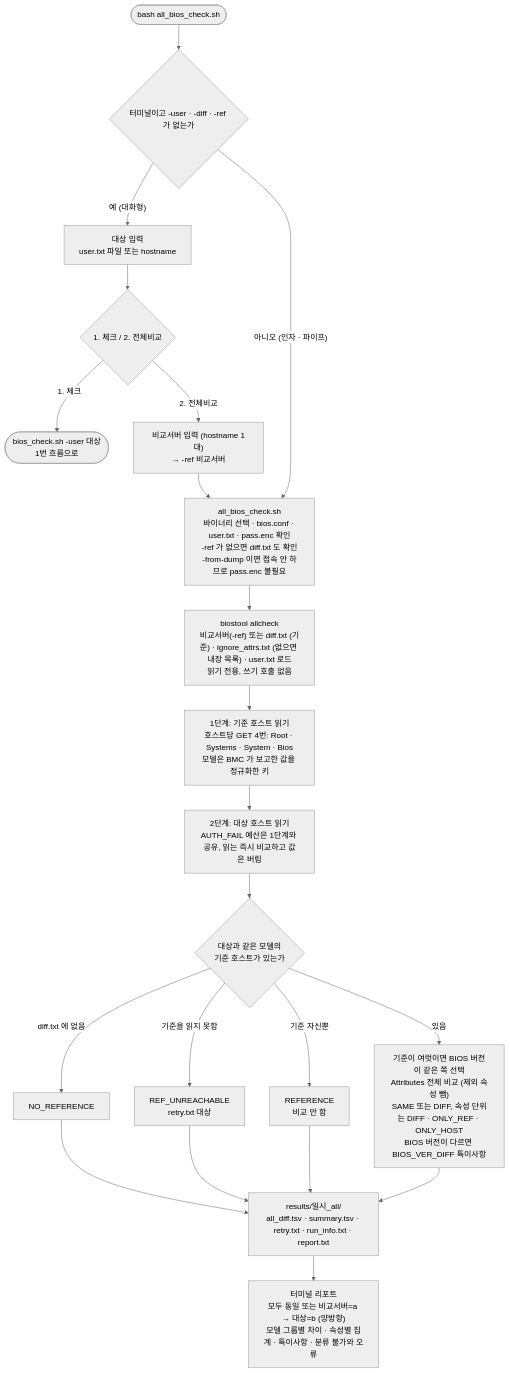
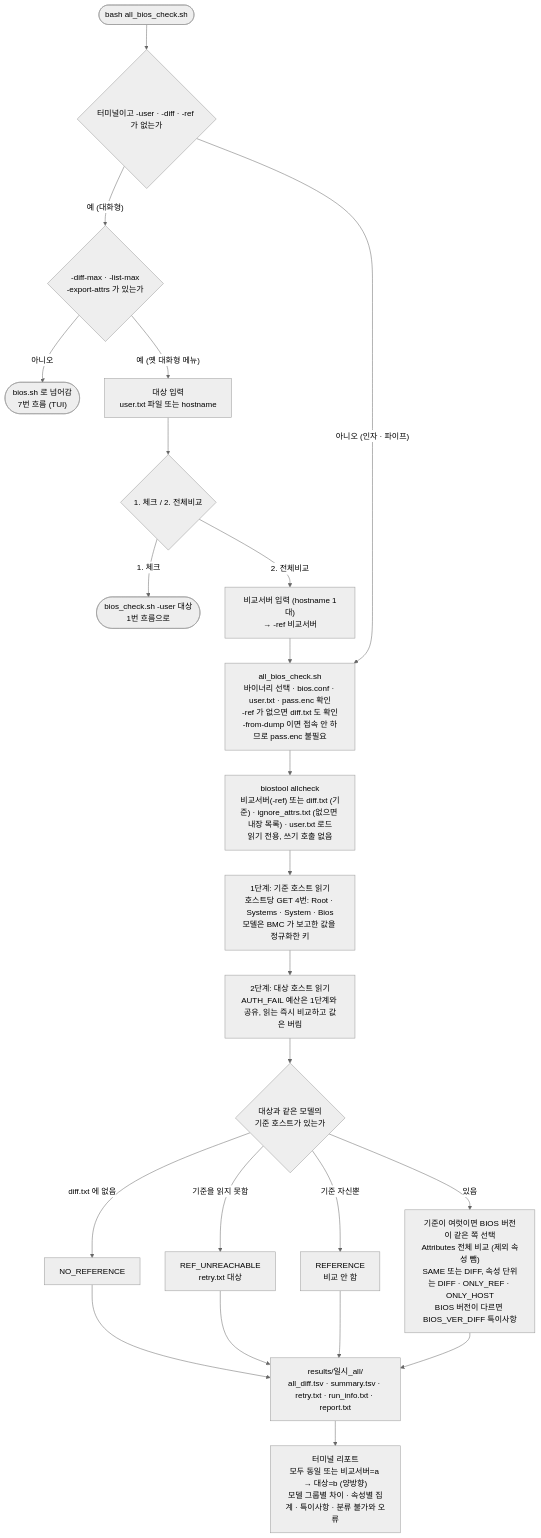
One commit to qazx2675/myrepo changed the fourth of 8 diagrams in .claude/HPC/redfish/WORKFLOW.md. Above: the diagram before and after it, drawn with Mermaid (neutral theme). The commit also changed other lines of this file and 56 other files, not shown here.

First line of the commit message:
feat(HPC/redfish): bios.sh 통합 진입점 + Go TUI, 1회 수집으로 프로파일·전체비교, CSV 4종, 설정 계획, -auto 연동

````diff
--- a/.claude/HPC/redfish/WORKFLOW.md
+++ b/.claude/HPC/redfish/WORKFLOW.md
@@ -111,23 +115,25 @@
 ```mermaid
 flowchart TD
     S(["bash all_bios_check.sh"]) --> IN{"터미널이고 -user · -diff · -ref 가 없는가"}
-    IN -->|"예 (대화형)"| Q1["대상 입력<br/>user.txt 파일 또는 hostname"]
+    IN -->|"예 (대화형)"| IN2{"-diff-max · -list-max<br/>-export-attrs 가 있는가"}
+    IN2 -->|"아니오"| BS(["bios.sh 로 넘어감<br/>7번 흐름 (TUI)"])
+    IN2 -->|"예 (옛 대화형 메뉴)"| Q1["대상 입력<br/>user.txt 파일 또는 hostname"]
     Q1 --> Q2{"1. 체크 / 2. 전체비교"}
     Q2 -->|"1. 체크"| CK(["bios_check.sh -user 대상<br/>1번 흐름으로"])
     Q2 -->|"2. 전체비교"| Q3["비교서버 입력 (hostname 1대)<br/>→ -ref 비교서버"]
     IN -->|"아니오 (인자 · 파이프)"| W
     Q3 --> W["all_bios_check.sh<br/>바이너리 선택 · bios.conf · user.txt · pass.enc 확인<br/>-ref 가 없으면 diff.txt 도 확인<br/>-from-dump 이면 접속 안 하므로 pass.enc 불필요"]
     W --> L["biostool allcheck<br/>비교서버(-ref) 또는 diff.txt (기준) · ignore_attrs.txt (없으면 내장 목록) · user.txt 로드<br/>읽기 전용, 쓰기 호출 없음"]
     L --> R1["1단계: 기준 호스트 읽기<br/>호스트당 GET 4번: Root · Systems · System · Bios<br/>모델은 BMC 가 보고한 값을 정규화한 키"]
     R1 --> R2["2단계: 대상 호스트 읽기<br/>AUTH_FAIL 예산은 1단계와 공유, 읽는 즉시 비교하고 값은 버림"]
     R2 --> C{"대상과 같은 모델의<br/>기준 호스트가 있는가"}
     C -->|"diff.txt 에 없음"| NR["NO_REFERENCE"]
     C -->|"기준을 읽지 못함"| RU["REF_UNREACHABLE<br/>retry.txt 대상"]
     C -->|"기준 자신뿐"| RF["REFERENCE<br/>비교 안 함"]
     C -->|"있음"| CP["기준이 여럿이면 BIOS 버전이 같은 쪽 선택<br/>Attributes 전체 비교 (제외 속성 뺌)<br/>SAME 또는 DIFF, 속성 단위는 DIFF · ONLY_REF · ONLY_HOST<br/>BIOS 버전이 다르면 BIOS_VER_DIFF 특이사항"]
     CP --> O
     NR --> O
     RU --> O
     RF --> O
     O["results/일시_all/<br/>all_diff.tsv · summary.tsv · retry.txt · run_info.txt · report.txt"] --> T["터미널 리포트<br/>모두 동일 또는 비교서버=a → 대상=b (양방향)<br/>모델 그룹별 차이 · 속성별 집계 · 특이사항 · 분류 불가와 오류"]
 ```
````
